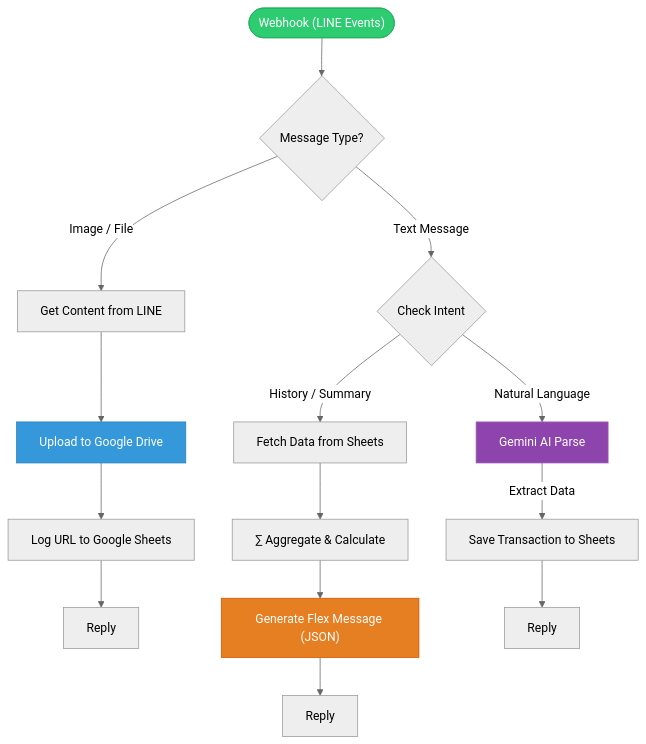
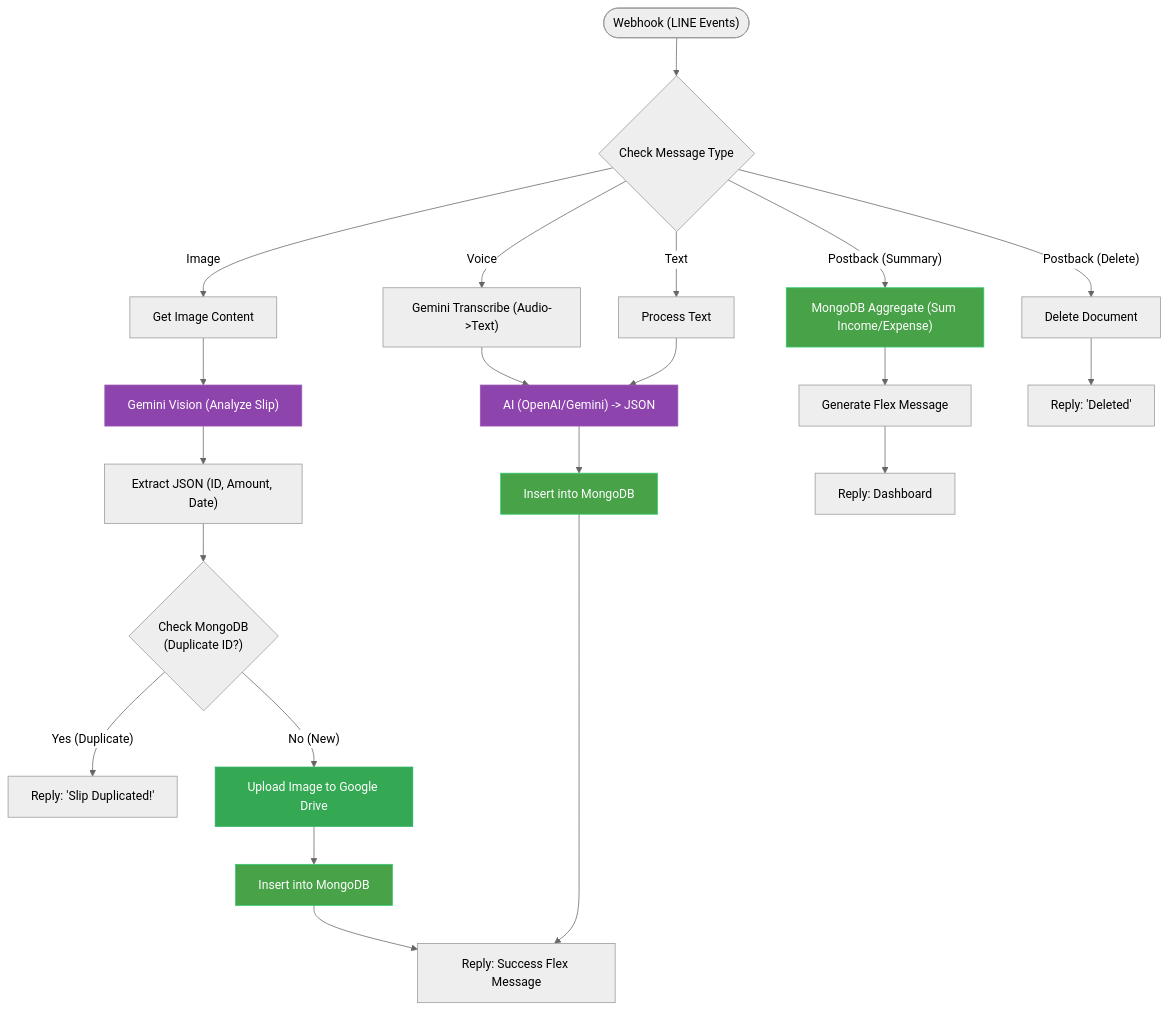
Before and after one commit to thongfuu/nongmas-line-chatbot: the diagram in README.md, drawn with Mermaid (neutral theme). The commit also changed other lines of this file, not shown here.

````diff
--- a/README.md
+++ b/README.md
@@ -31,30 +33,40 @@
 ```mermaid
 graph TD
-    Start(["Webhook (LINE Events)"]) --> Router{"Message Type?"}
+    %% Event Trigger
+    Start(["Webhook (LINE Events)"]) --> Router{"Check Message Type"}
 
-    %% --- File/Image Handling Branch ---
-    Router -- "Image / File" --> GetFile["Get Content from LINE"]
-    GetFile --> UpDrive["Upload to Google Drive"]
-    UpDrive --> LogSheet["Log URL to Google Sheets"]
-    LogSheet --> ReplyFile["Reply"]
+    %% --- Image Handling (Slips) ---
+    Router -- "Image" --> GetImg["Get Image Content"]
+    GetImg --> Vision["Gemini Vision (Analyze Slip)"]
+    Vision --> Extract["Extract JSON (ID, Amount, Date)"]
+    Extract --> DupCheck{"Check MongoDB\n(Duplicate ID?)"}
+    
+    DupCheck -- "Yes (Duplicate)" --> ReplyDup["Reply: 'Slip Duplicated!'"]
+    DupCheck -- "No (New)" --> UploadDrive["Upload Image to Google Drive"]
+    UploadDrive --> SaveMongoImg["Insert into MongoDB"]
+    SaveMongoImg --> ReplyFlex["Reply: Success Flex Message"]
 
-    %% --- Text Handling Branch ---
-    Router -- "Text Message" --> IntentCheck{"Check Intent"}
-    
-    %% Intent: History/Summary
-    IntentCheck -- "History / Summary" --> FetchData["Fetch Data from Sheets"]
-    FetchData --> AggData["∑ Aggregate & Calculate"]
-    AggData --> GenFlex["Generate Flex Message (JSON)"]
-    GenFlex --> ReplyFlex["Reply"]
+    %% --- Text & Voice Handling ---
+    Router -- "Voice" --> Transcribe["Gemini Transcribe (Audio->Text)"]
+    Router -- "Text" --> TextProc["Process Text"]
+    Transcribe --> AI_NLP["AI (OpenAI/Gemini) -> JSON"]
+    TextProc --> AI_NLP
+    AI_NLP --> SaveMongoText["Insert into MongoDB"]
+    SaveMongoText --> ReplyFlex
 
-    %% Intent: Transaction (Income/Expense)
-    IntentCheck -- "Natural Language" --> AI["Gemini AI Parse"]
-    AI -- "Extract Data" --> SaveTx["Save Transaction to Sheets"]
-    SaveTx --> ReplyTx["Reply"]
+    %% --- Postback Actions (Dashboard) ---
+    Router -- "Postback (Summary)" --> MongoAgg["MongoDB Aggregate (Sum Income/Expense)"]
+    MongoAgg --> GenDash["Generate Flex Message"]
+    GenDash --> ReplyDash["Reply: Dashboard"]
+
+    Router -- "Postback (Delete)" --> MongoDel["Delete Document"]
+    MongoDel --> ReplyDel["Reply: 'Deleted'"]
 
     %% Styles
-    style Start fill:#2ecc71,stroke:#27ae60,color:white
-    style AI fill:#8e44ad,stroke:#9b59b6,color:white
-    style UpDrive fill:#3498db,stroke:#2980b9,color:white
-    style GenFlex fill:#e67e22,stroke:#d35400,color:white
+    style Vision fill:#8e44ad,stroke:#9b59b6,color:white
+    style AI_NLP fill:#8e44ad,stroke:#9b59b6,color:white
+    style SaveMongoImg fill:#47A248,stroke:#2ecc71,color:white
+    style SaveMongoText fill:#47A248,stroke:#2ecc71,color:white
+    style MongoAgg fill:#47A248,stroke:#2ecc71,color:white
+    style UploadDrive fill:#34A853,stroke:#27ae60,color:white
 ```
````
